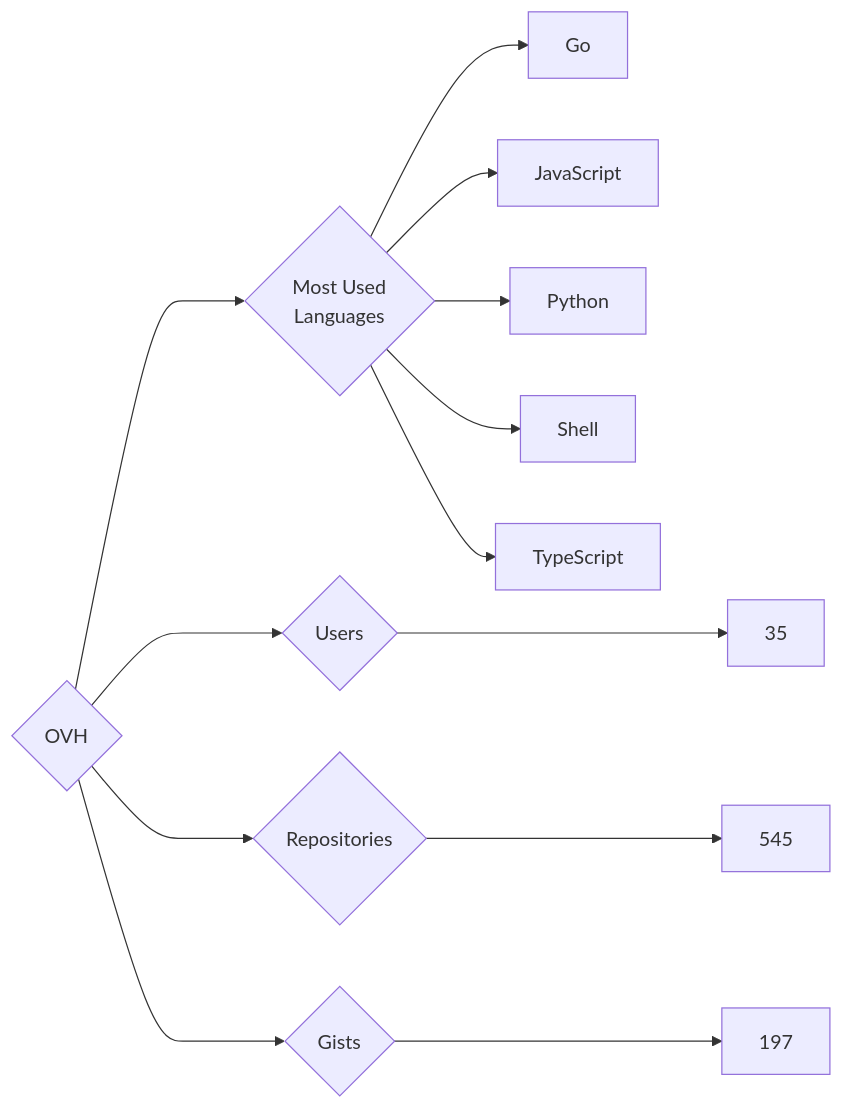
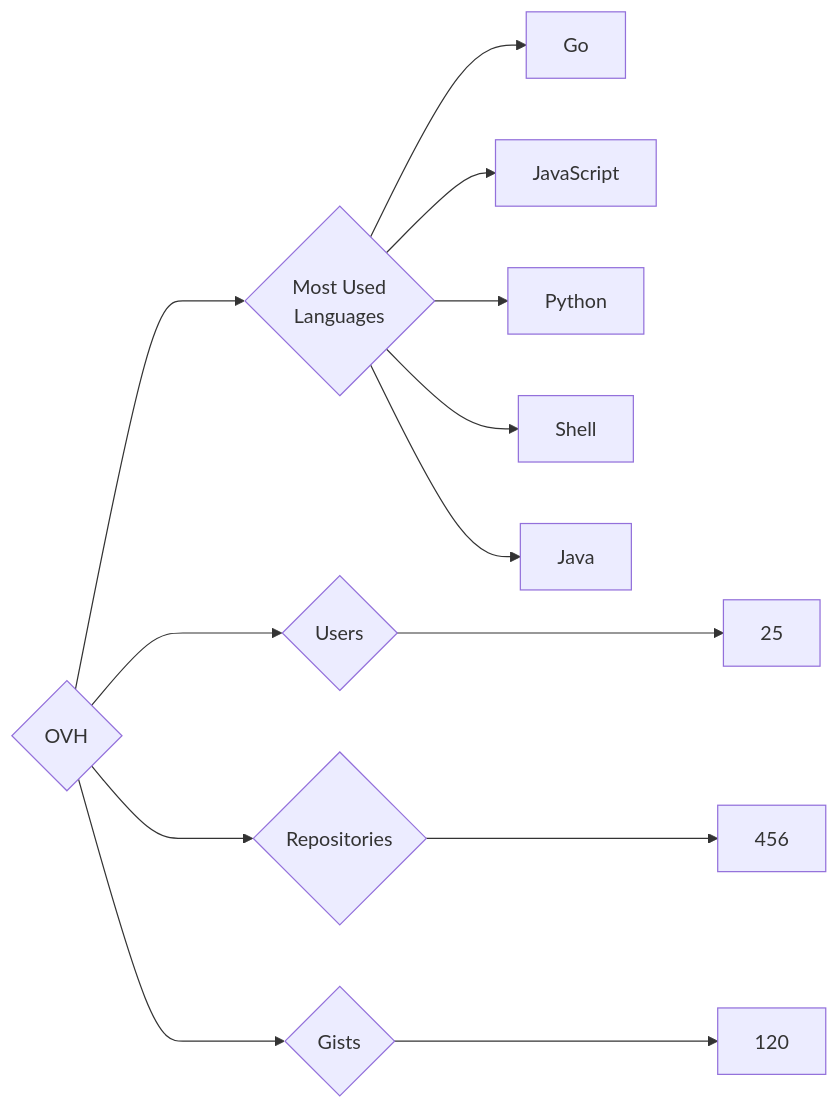
Before and after one commit to trickest/insiders: the diagram in targets/OVH/README.md, drawn with Mermaid. The commit also changed 995 other files, not shown here.

````diff
--- a/targets/OVH/README.md
+++ b/targets/OVH/README.md
@@ -3,13 +3,13 @@
 ```mermaid
 graph LR
 COMPANY_NAME{OVH}
-COMPANY_NAME ---> U{Users} ---> UN[35]
-COMPANY_NAME ---> R{Repositories} ---> RN[545]
-COMPANY_NAME ---> G{Gists} ---> GN[197]
+COMPANY_NAME ---> U{Users} ---> UN[25]
+COMPANY_NAME ---> R{Repositories} ---> RN[456]
+COMPANY_NAME ---> G{Gists} ---> GN[120]
 COMPANY_NAME ---> ML{Most Used<br>Languages}
 ML --> Go[Go]
 ML --> JavaScript[JavaScript]
 ML --> Python[Python]
 ML --> Shell[Shell]
-ML --> TypeScript[TypeScript]
+ML --> Java[Java]
 ```
````
